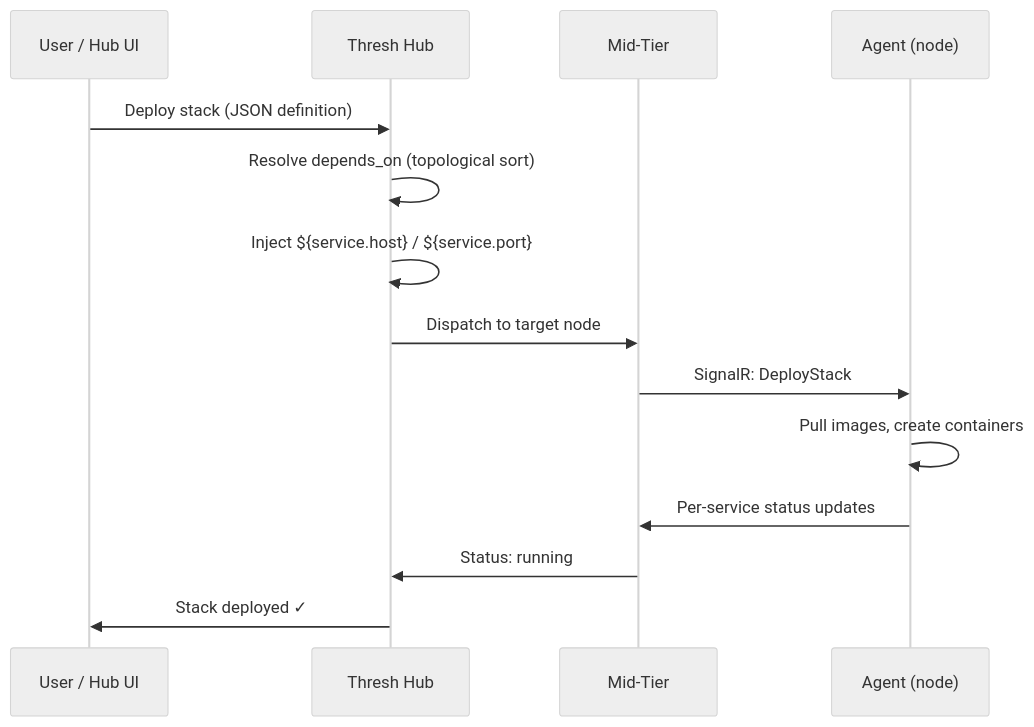
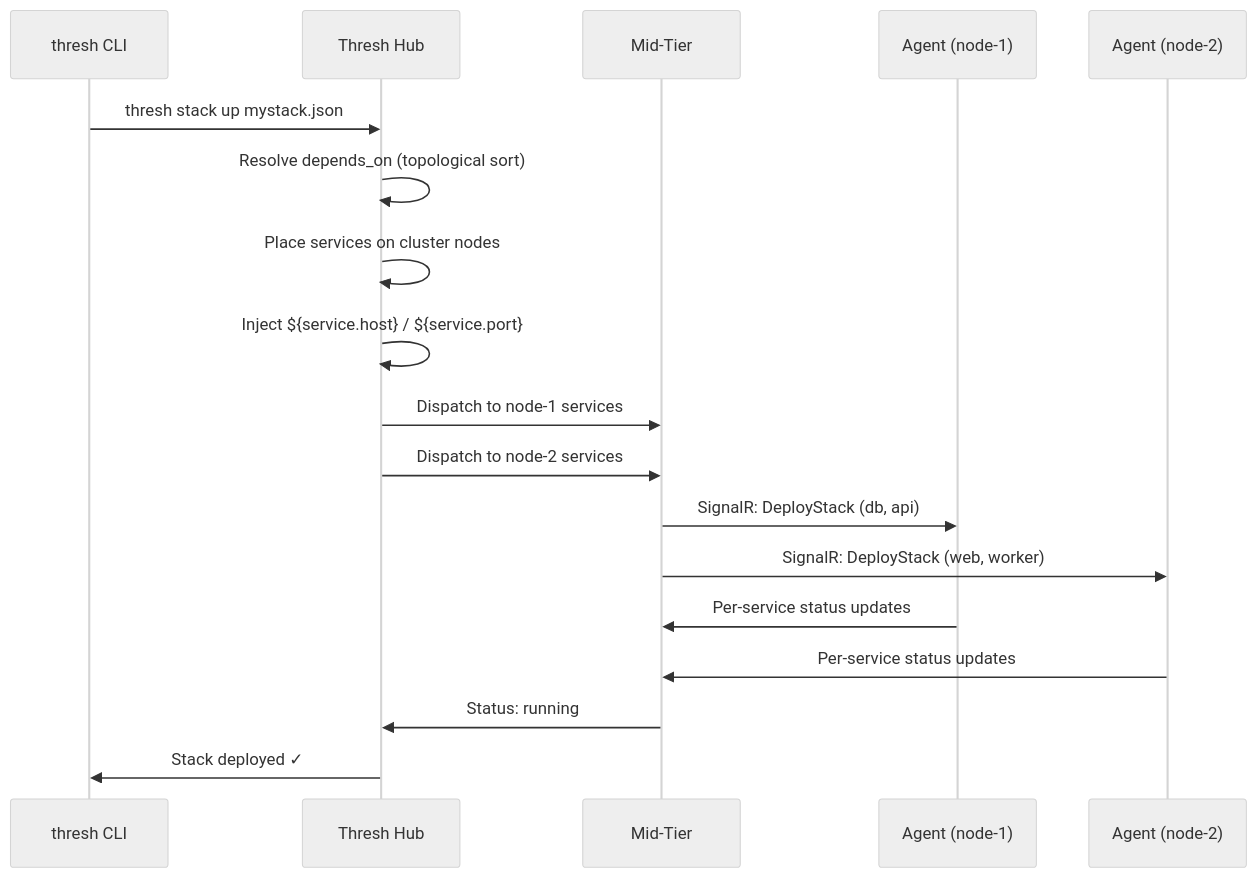
The diagram in website/docs/cli-reference/stack.md (dealer426/thresh), drawn with Mermaid (neutral theme) before and after one commit. The commit also changed other lines of this file and 4 other files, not shown here.

First line of the commit message:
feat: mTLS client cert support, v2.0 stack docs, CLI config keys

````diff
--- a/website/docs/cli-reference/stack.md
+++ b/website/docs/cli-reference/stack.md
@@ -17,17 +17,21 @@
 ```mermaid
 sequenceDiagram
-    participant User as User / Hub UI
+    participant CLI as thresh CLI
     participant Hub as Thresh Hub
     participant Mid as Mid-Tier
-    participant Agent as Agent (node)
+    participant A1 as Agent (node-1)
+    participant A2 as Agent (node-2)
 
-    User->>Hub: Deploy stack (JSON definition)
+    CLI->>Hub: thresh stack up mystack.json
     Hub->>Hub: Resolve depends_on (topological sort)
+    Hub->>Hub: Place services on cluster nodes
     Hub->>Hub: Inject ${service.host} / ${service.port}
-    Hub->>Mid: Dispatch to target node
-    Mid->>Agent: SignalR: DeployStack
-    Agent->>Agent: Pull images, create containers
-    Agent->>Mid: Per-service status updates
+    Hub->>Mid: Dispatch to node-1 services
+    Hub->>Mid: Dispatch to node-2 services
+    Mid->>A1: SignalR: DeployStack (db, api)
+    Mid->>A2: SignalR: DeployStack (web, worker)
+    A1->>Mid: Per-service status updates
+    A2->>Mid: Per-service status updates
     Mid->>Hub: Status: running
-    Hub->>User: Stack deployed ✓
+    Hub->>CLI: Stack deployed ✓
 ```
````
